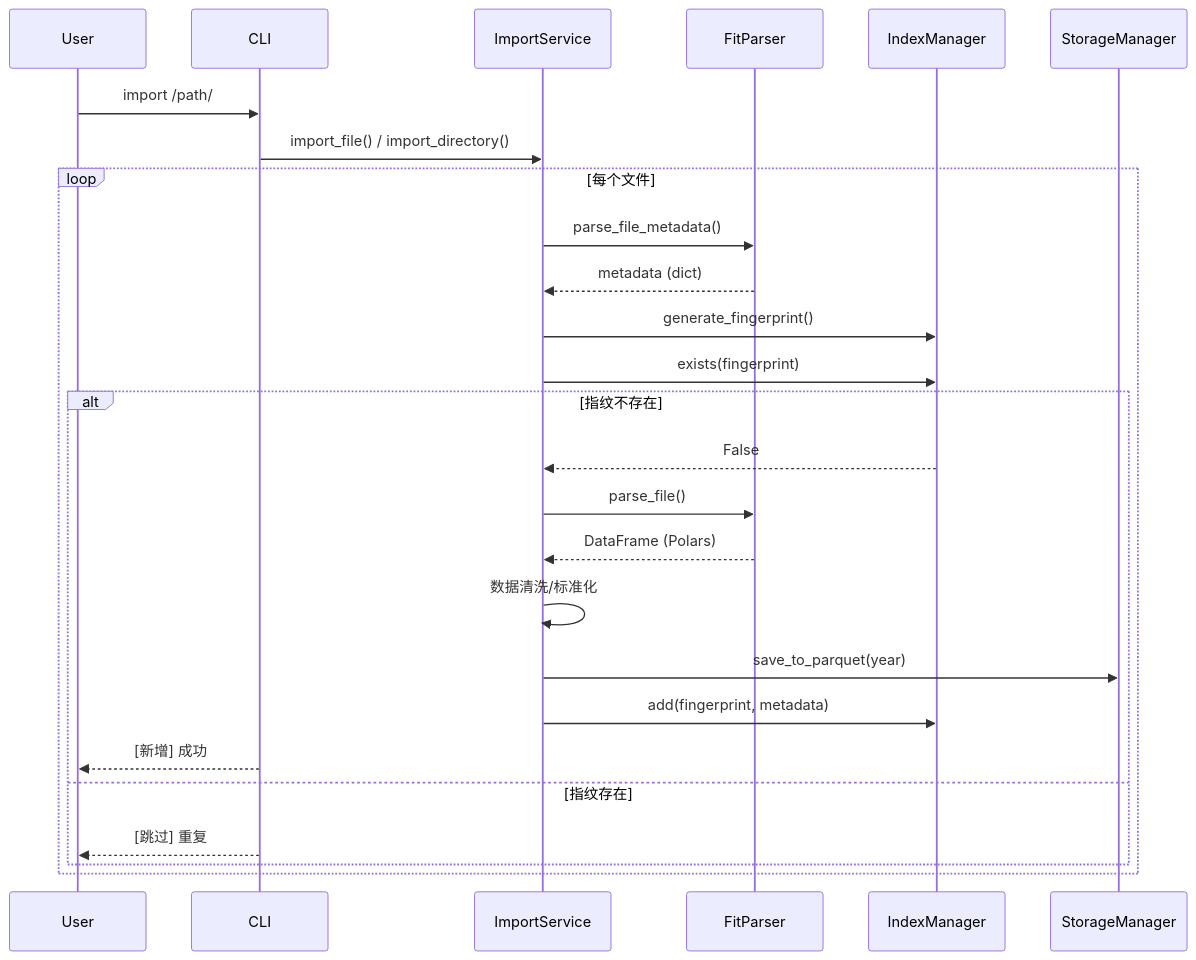
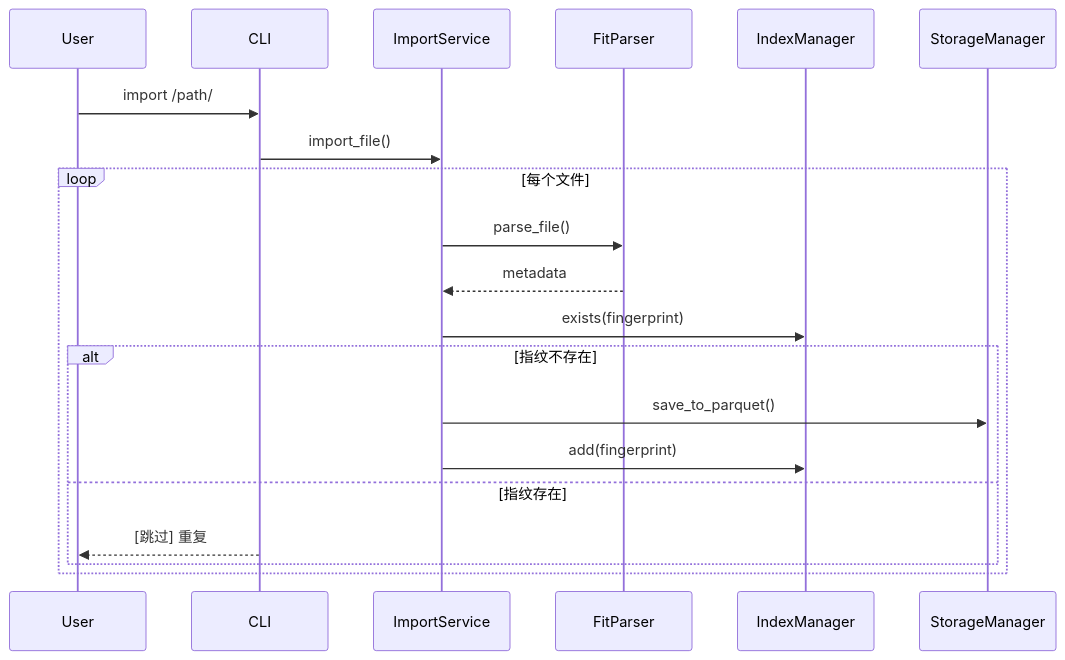
Before and after one commit to yecllsl/nanobot-runner: the second of 3 diagrams in docs/current/architecture/架构设计说明书.md, drawn with Mermaid. The commit also changed other lines of this file and 11 other files, not shown here.

````diff
--- a/docs/current/architecture/架构设计说明书.md
+++ b/docs/current/architecture/架构设计说明书.md
@@ -300,31 +112,25 @@
 ```mermaid
 sequenceDiagram
     participant User
     participant CLI
     participant ImportSvc as ImportService
     participant FitParser
     participant Index as IndexManager
     participant ParquetStore as StorageManager
+    
     User->>CLI: import /path/
-    CLI->>ImportSvc: import_file() / import_directory()
+    CLI->>ImportSvc: import_file()
     
     loop 每个文件
-        ImportSvc->>FitParser: parse_file_metadata()
-        FitParser-->>ImportSvc: metadata (dict)
-        
-        ImportSvc->>Index: generate_fingerprint()
+        ImportSvc->>FitParser: parse_file()
+        FitParser-->>ImportSvc: metadata
         ImportSvc->>Index: exists(fingerprint)
         
         alt 指纹不存在
-            Index-->>ImportSvc: False
-            ImportSvc->>FitParser: parse_file()
-            FitParser-->>ImportSvc: DataFrame (Polars)
-            ImportSvc->>ImportSvc: 数据清洗/标准化
-            ImportSvc->>ParquetStore: save_to_parquet(year)
-            ImportSvc->>Index: add(fingerprint, metadata)
-            CLI-->>User: [新增] 成功
+            ImportSvc->>ParquetStore: save_to_parquet()
+            ImportSvc->>Index: add(fingerprint)
         else 指纹存在
             CLI-->>User: [跳过] 重复
         end
     end
 ```
````
